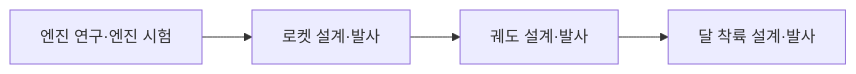
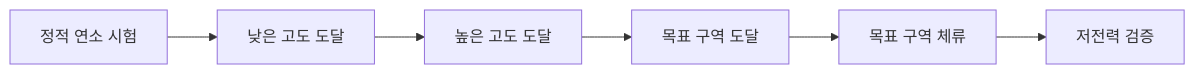
One commit to NHNAI-26/2026NHNAI changed the second of 2 diagrams in docs/artemis-2026-gdd/02_전체_플레이_흐름.md. Above: the diagram before and after it, drawn with Mermaid. The commit also changed other lines of this file and 17 other files, not shown here.

````diff
--- a/docs/artemis-2026-gdd/02_전체_플레이_흐름.md
+++ b/docs/artemis-2026-gdd/02_전체_플레이_흐름.md
@@ -97,6 +97,8 @@
 ```mermaid
 flowchart LR
-    E[엔진 연구·엔진 시험] --> R[로켓 설계·발사]
-    R --> O[궤도 설계·발사]
-    O --> M[달 착륙 설계·발사]
+    S[정적 연소 시험] --> L[낮은 고도 도달]
+    L --> H[높은 고도 도달]
+    H --> T[목표 구역 도달]
+    T --> Z[목표 구역 체류]
+    Z --> P[저전력 검증]
 ```
````
